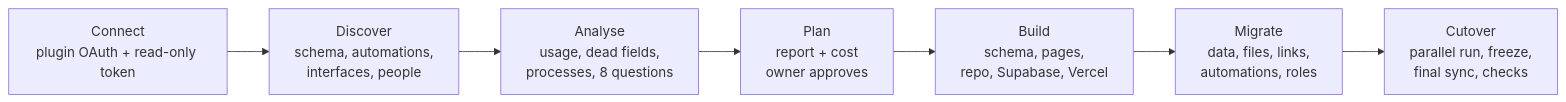
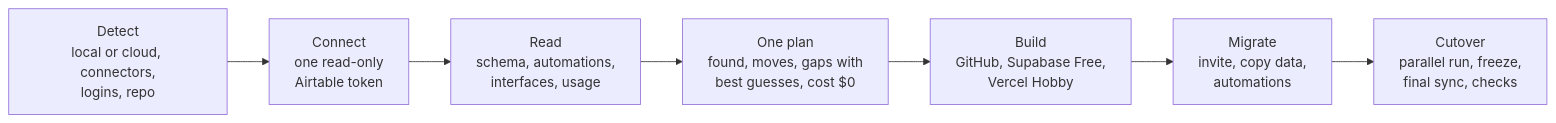
The diagram in README.md (hichock/airtable-exit), drawn with Mermaid before and after one commit. The commit also changed other lines of this file and 3 other files, not shown here.

First line of the commit message:
README and TESTING: new flow, free-tier costs, help, how to test

````diff
--- a/README.md
+++ b/README.md
@@ -11,9 +11,9 @@
 ```mermaid
 flowchart LR
-  A[Connect<br/>plugin OAuth + read-only token] --> B[Discover<br/>schema, automations,<br/>interfaces, people]
-  B --> C[Analyse<br/>usage, dead fields,<br/>processes, 8 questions]
-  C --> D[Plan<br/>report + cost<br/>owner approves]
-  D --> E[Build<br/>schema, pages,<br/>repo, Supabase, Vercel]
-  E --> F[Migrate<br/>data, files, links,<br/>automations, roles]
+  A[Detect<br/>local or cloud, connectors,<br/>logins, repo] --> B[Connect<br/>one read-only<br/>Airtable token]
+  B --> C[Read<br/>schema, automations,<br/>interfaces, usage]
+  C --> D[One plan<br/>found, moves, gaps with<br/>best guesses, cost $0]
+  D --> E[Build<br/>GitHub, Supabase Free,<br/>Vercel Hobby]
+  E --> F[Migrate<br/>invite, copy data,<br/>automations]
   F --> G[Cutover<br/>parallel run, freeze,<br/>final sync, checks]
 ```
````
